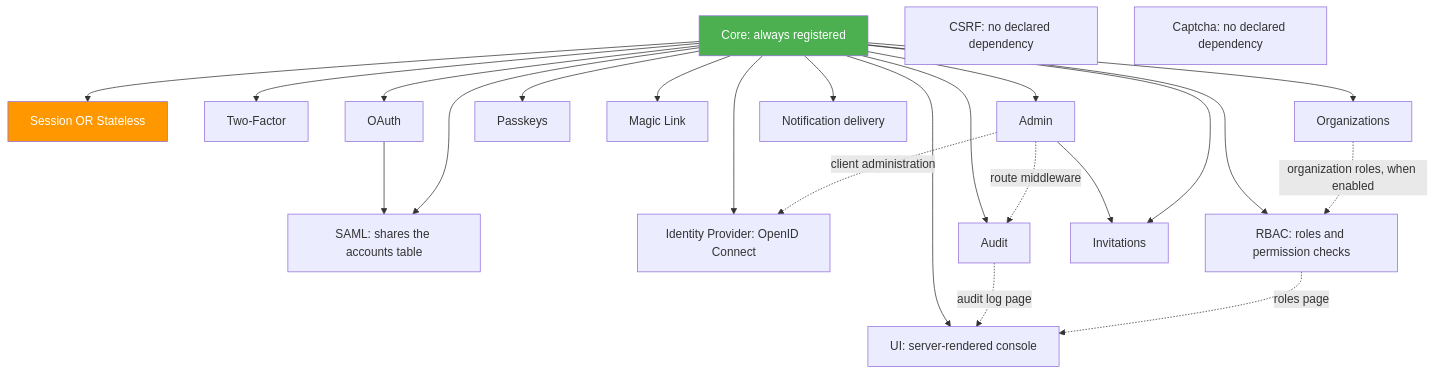
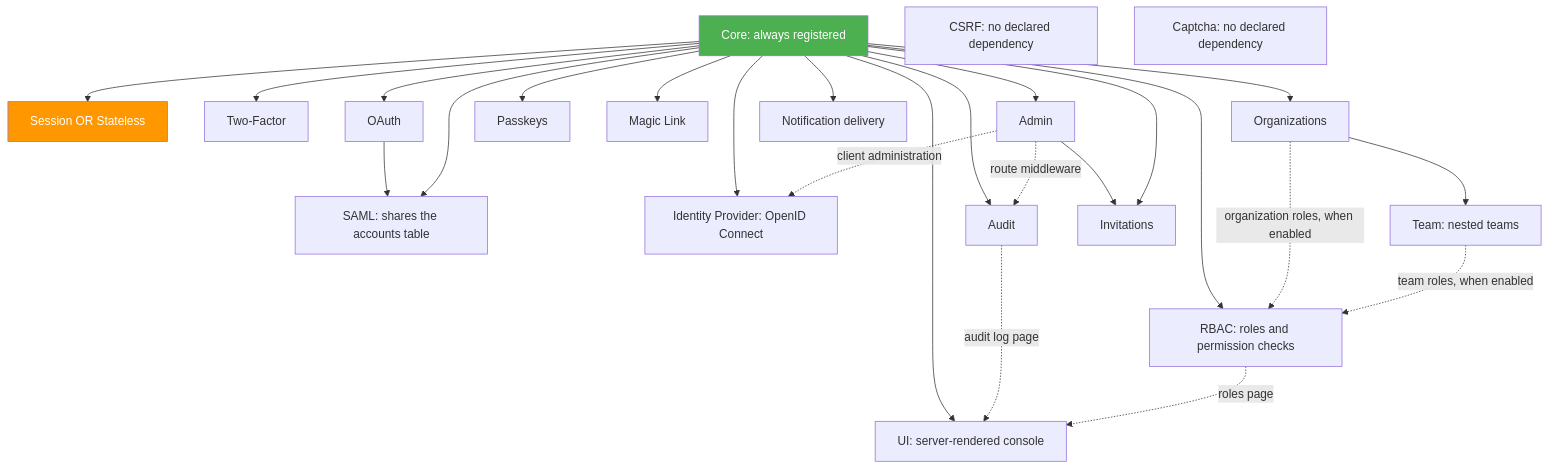
One commit to bete7512/goauth changed the second of 7 diagrams in docs/docs/architecture.md. Above: the diagram before and after it, drawn with Mermaid. The commit also changed other lines of this file and 13 other files, not shown here.

````diff
--- a/docs/docs/architecture.md
+++ b/docs/docs/architecture.md
@@ -85,29 +85,31 @@
 ```mermaid
 graph TD
     Core["Core: always registered"]
     Core --> Session["Session OR Stateless"]
     Core --> TwoFactor["Two-Factor"]
     Core --> OAuth["OAuth"]
     OAuth --> SAML["SAML: shares the accounts table"]
     Core --> SAML
     Core --> IDP["Identity Provider: OpenID Connect"]
     Admin -.->|client administration| IDP
     Core --> Passkeys["Passkeys"]
     Core --> MagicLink["Magic Link"]
     Core --> Organization["Organizations"]
     Core --> RBAC["RBAC: roles and permission checks"]
     Organization -.->|organization roles, when enabled| RBAC
+    Organization --> Team["Team: nested teams"]
+    Team -.->|team roles, when enabled| RBAC
     Core --> UI["UI: server-rendered console"]
     Audit -.->|audit log page| UI
     RBAC -.->|roles page| UI
     Core --> Admin["Admin"]
     Admin --> Invitation["Invitations"]
     Core --> Invitation
     Core --> Audit["Audit"]
     Admin -.->|route middleware| Audit
     Core --> Notification["Notification delivery"]
     CSRF["CSRF: no declared dependency"]
     Captcha["Captcha: no declared dependency"]
     style Core fill:#4CAF50,color:#fff
     style Session fill:#FF9800,color:#fff
 ```
````
